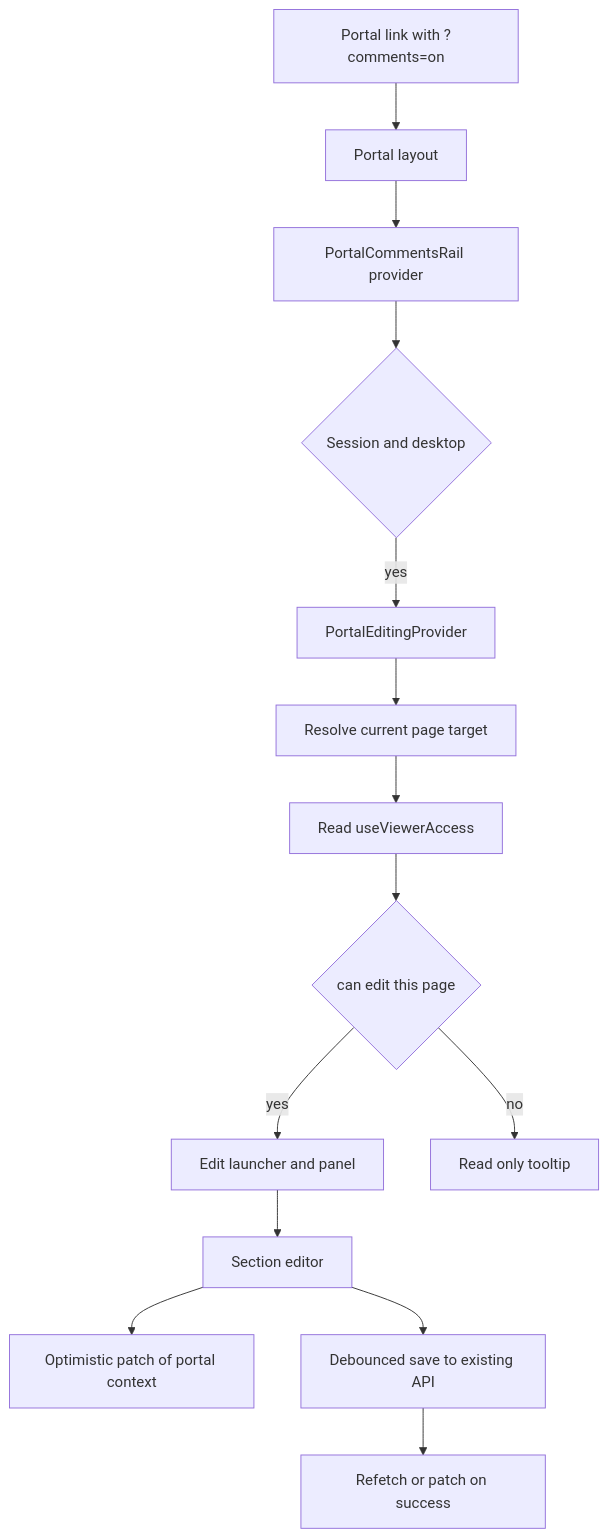
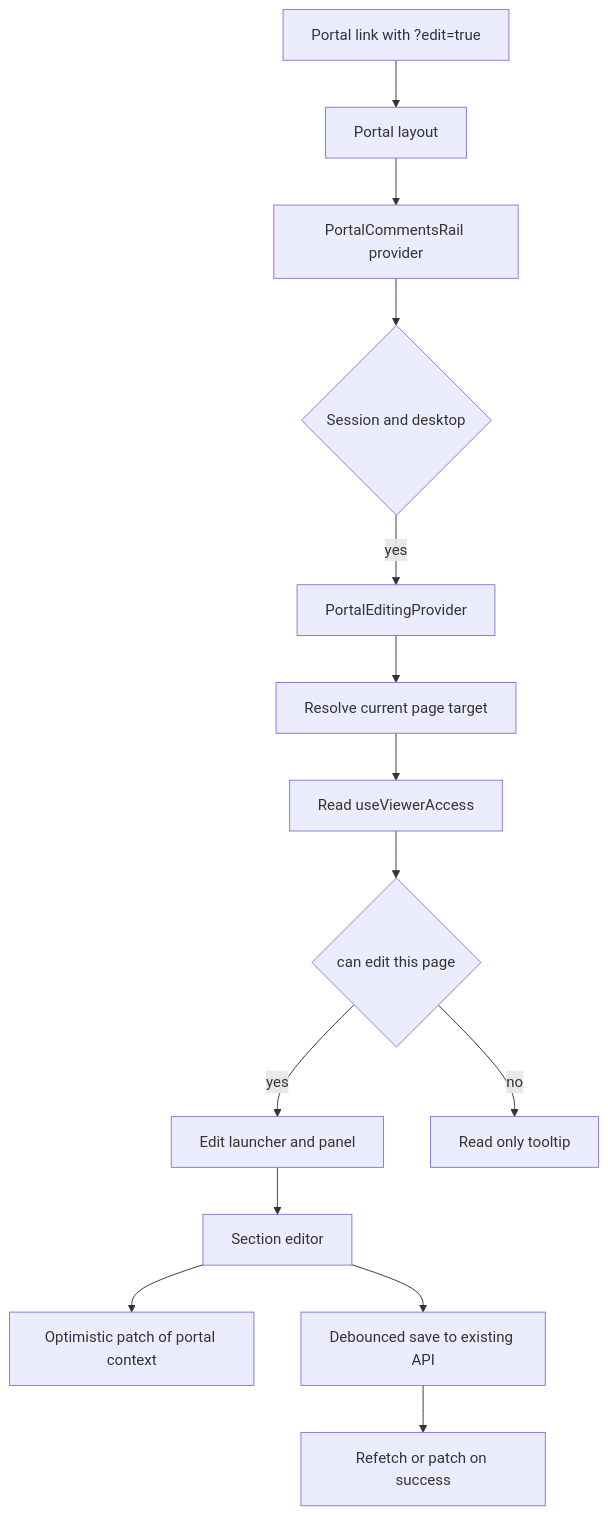
Before and after one commit to danplantel/plantelligence-mvp: the diagram in plans/portal-inline-editing-panel.md, drawn with Mermaid. The commit also changed other lines of this file and 25 other files, not shown here.

Commit message:
Change Portal Edit param for Plantelligence users from ?comments=on to ?edit=true

````diff
--- a/plans/portal-inline-editing-panel.md
+++ b/plans/portal-inline-editing-panel.md
@@ -29,16 +29,16 @@
 ```mermaid
 flowchart TD
-    A[Portal link with ?comments=on] --> B[Portal layout]
+    A[Portal link with ?edit=true] --> B[Portal layout]
     B --> C[PortalCommentsRail provider]
     C --> D{Session and desktop}
     D -->|yes| E[PortalEditingProvider]
     E --> F[Resolve current page target]
     F --> G[Read useViewerAccess]
     G --> H{can edit this page}
     H -->|yes| I[Edit launcher and panel]
     H -->|no| J[Read only tooltip]
     I --> K[Section editor]
     K --> L[Optimistic patch of portal context]
     K --> M[Debounced save to existing API]
     M --> N[Refetch or patch on success]
 ```
````
